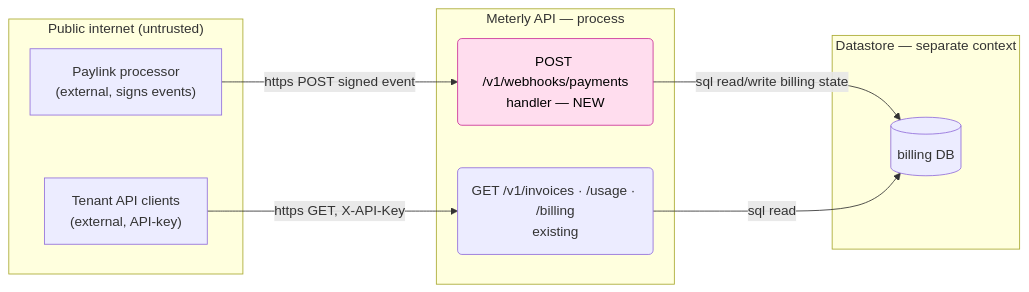
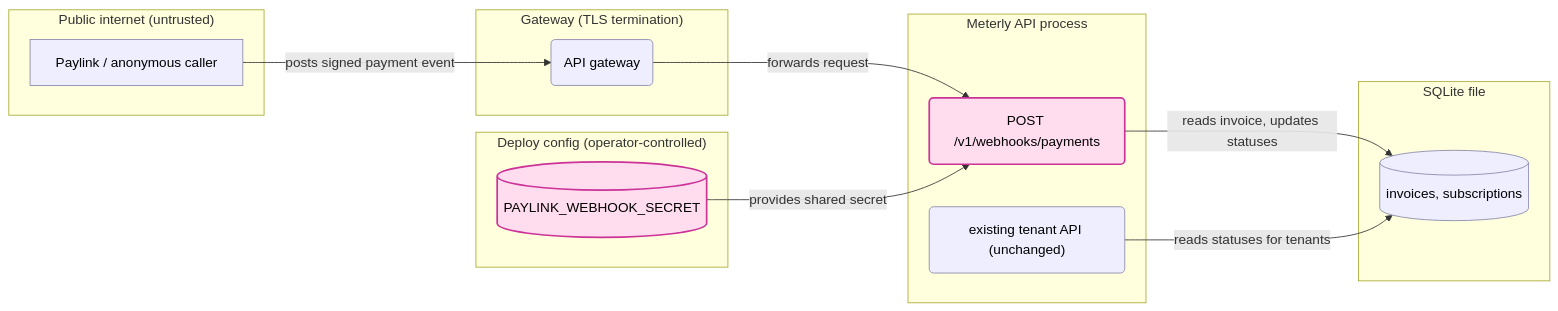
One commit to sndcr/threat-modeling-skill changed the first of 3 diagrams in examples/meterly-paylink-webhook/THREAT-MODEL.md. Above: the diagram before and after it, drawn with Mermaid. The commit also changed other lines of this file and 4 other files, not shown here.

````diff
--- a/examples/meterly-paylink-webhook/THREAT-MODEL.md
+++ b/examples/meterly-paylink-webhook/THREAT-MODEL.md
@@ -20,20 +21,30 @@
 ```mermaid
 flowchart LR
-    subgraph net["Public internet (untrusted)"]
-      PL["Paylink processor<br/>(external, signs events)"]
-      TEN["Tenant API clients<br/>(external, API-key)"]
+    subgraph internet["Public internet (untrusted)"]
+        Paylink["Paylink / anonymous caller"]
     end
-    subgraph app["Meterly API — process"]
-      WH("POST /v1/webhooks/payments<br/>handler — NEW")
-      RD("GET /v1/invoices · /usage · /billing<br/>existing")
+    subgraph edge["Gateway (TLS termination)"]
+        GW("API gateway")
     end
-    subgraph store["Datastore — separate context"]
-      DB[("billing DB")]
+    subgraph cfg["Deploy config (operator-controlled)"]
+        Env[("PAYLINK_WEBHOOK_SECRET")]
     end
-    PL -->|"https POST signed event"| WH
-    TEN -->|"https GET, X-API-Key"| RD
-    WH -->|"sql read/write billing state"| DB
-    RD -->|"sql read"| DB
-    classDef scope fill:#fde,stroke:#c39,color:#000;
-    class WH scope
+    subgraph api["Meterly API process"]
+        Hook("POST /v1/webhooks/payments")
+        Rest("existing tenant API (unchanged)")
+    end
+    subgraph store["SQLite file"]
+        DB[("invoices, subscriptions")]
+    end
+
+    Paylink -->|"posts signed payment event"| GW
+    GW -->|"forwards request"| Hook
+    Env -->|"provides shared secret"| Hook
+    Hook -->|"reads invoice, updates statuses"| DB
+    Rest -->|"reads statuses for tenants"| DB
+
+    classDef scope fill:#fde,stroke:#c39,stroke-width:2px,color:#000;
+    classDef neighbor fill:#eef,stroke:#88a,color:#000;
+    class Hook,Env scope
+    class Paylink,GW,Rest,DB neighbor
 ```
````
